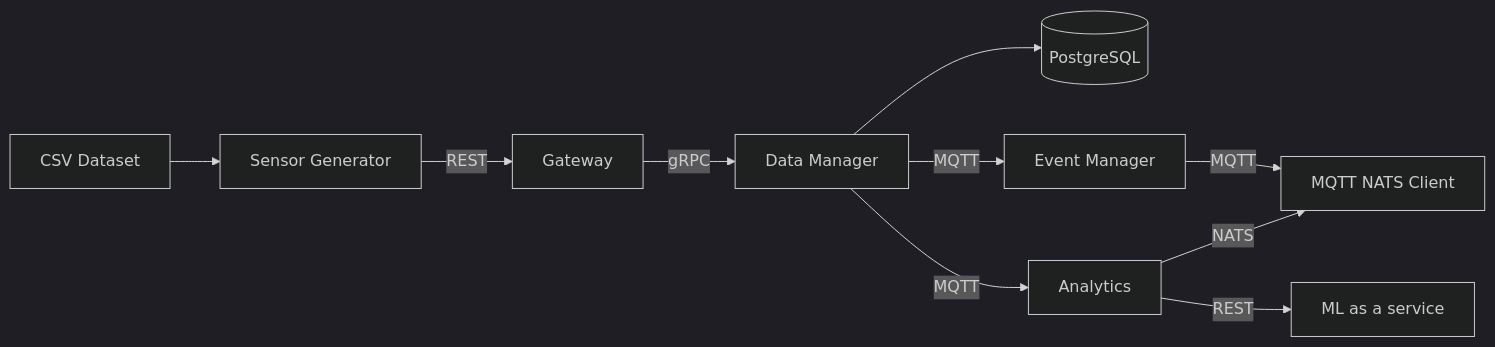
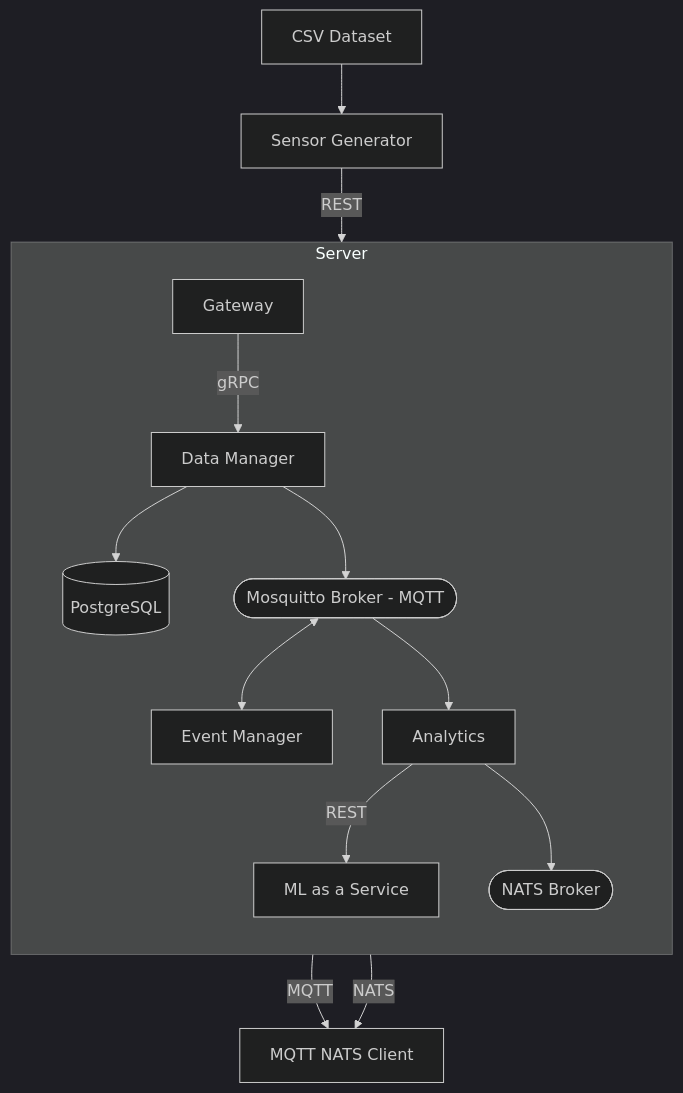
Before and after one commit to CJovan02/iots: the diagram in README.md, drawn with Mermaid (dark theme).

Commit message:
Readme graph updated

````diff
--- a/README.md
+++ b/README.md
@@ -55,12 +55,33 @@
 ```mermaid
-graph LR
-    CSV[CSV Dataset] --> SG[Sensor Generator]
-    SG -->|REST| GW[Gateway]
-    GW -->|gRPC| DM[Data Manager]
-    DM --> DB[(PostgreSQL)]
-    DM -->|MQTT| EM[Event Manager]
-    EM -->|MQTT| MQT[MQTT NATS Client]
-    DM -->|MQTT| AN[Analytics]
-    AN -->|REST| MLAAS[ML as a service]
-    AN -->|NATS| MQT[MQTT NATS Client]
+graph TB
+
+    subgraph SERVER[Server]
+      direction TB
+
+      GW[Gateway]
+      DM[Data Manager]
+      DB[(PostgreSQL)]
+      MQTTBR([Mosquitto Broker - MQTT])
+      EM[Event Manager]
+      AN[Analytics]
+      MLAAS[ML as a Service]
+      NATSBR([NATS Broker])
+
+      GW -->|gRPC| DM
+      DM --> DB
+      DM --> MQTTBR
+      MQTTBR <--> EM
+      MQTTBR --> AN
+      AN -->|REST| MLAAS
+      AN --> NATSBR
+    end
+
+    CLIENT[MQTT NATS Client]
+    SG[Sensor Generator]
+    CSV[CSV Dataset]
+
+    MQTTBR -->|MQTT| CLIENT
+    SG -->|REST| GW
+    CSV --> SG
+    NATSBR --> |NATS| CLIENT
 ```
````
